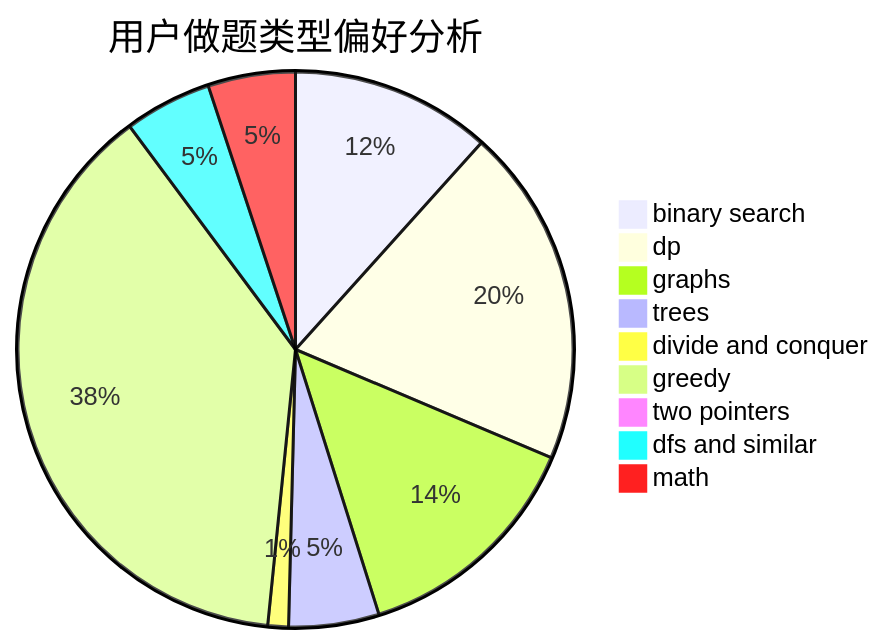
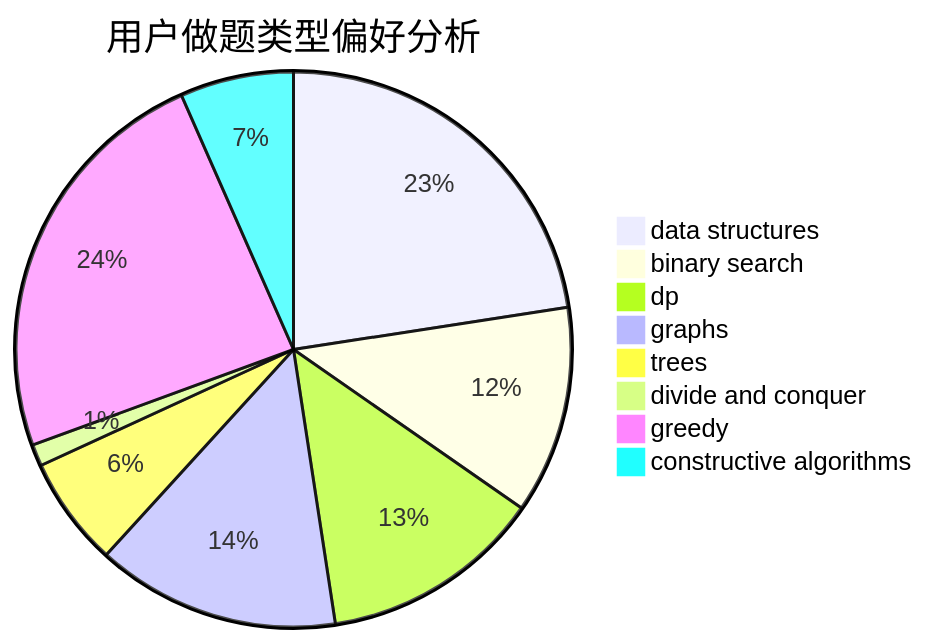
One commit to sherpahu/cfrs.github.io changed the second of 3 diagrams in docs/user/u1613.md. Above: the diagram before and after it, drawn with Mermaid. The commit also changed other lines of this file and 2775 other files, not shown here.

````diff
--- a/docs/user/u1613.md
+++ b/docs/user/u1613.md
@@ -23,12 +23,11 @@
 ```mermaid
 pie title 用户做题类型偏好分析
-    "binary search" :  204
-    "dp" :  345
-    "graphs" :  241
-    "trees" :  92
-    "divide and conquer" :  21
-    "greedy" :  669
-    "two pointers" :  16
-    "dfs and similar" :  89
-    "math" :  89
+    "data structures" :  304
+    "binary search" :  163
+    "dp" :  174
+    "graphs" :  191
+    "trees" :  86
+    "divide and conquer" :  17
+    "greedy" :  323
+    "constructive algorithms" :  89
 ```
````
